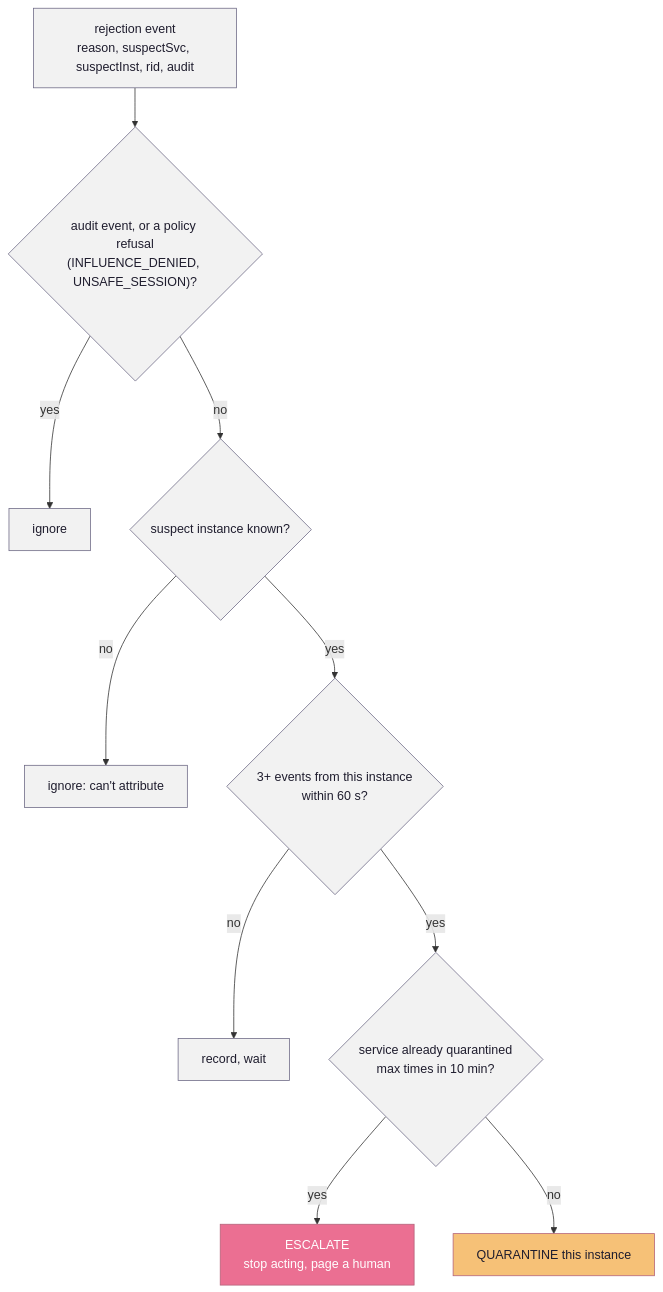
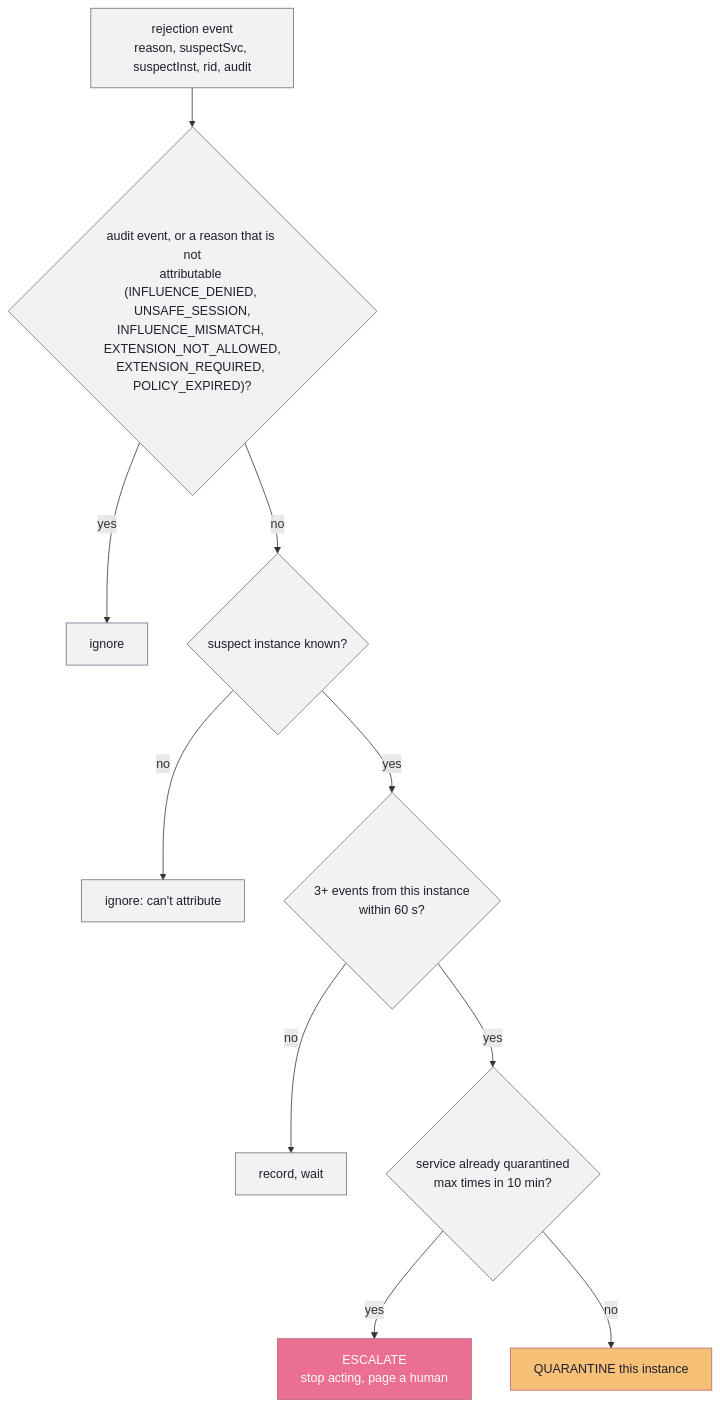
The sixth of 7 diagrams in poc-demos/java-mesh/README.md (dumbsly/paztport), drawn with Mermaid before and after one commit. The commit also changed other lines of this file, not shown here.

````diff
--- a/poc-demos/java-mesh/README.md
+++ b/poc-demos/java-mesh/README.md
@@ -604,19 +672,19 @@
 ```mermaid
 flowchart TD
-    E["rejection event<br/>reason, suspectSvc, suspectInst, rid, audit"] --> A{"audit event, or a policy refusal<br/>(INFLUENCE_DENIED, UNSAFE_SESSION)?"}
+    E["rejection event<br/>reason, suspectSvc, suspectInst, rid, audit"] --> A{"audit event, or a reason that is not<br/>attributable (INFLUENCE_DENIED, UNSAFE_SESSION,<br/>INFLUENCE_MISMATCH, EXTENSION_NOT_ALLOWED,<br/>EXTENSION_REQUIRED, POLICY_EXPIRED)?"}
     A -->|yes| N1["ignore"]
     A -->|no| B{"suspect instance known?"}
     B -->|no| N2["ignore: can't attribute"]
     B -->|yes| C{"3+ events from this instance<br/>within 60 s?"}
     C -->|no| N3["record, wait"]
     C -->|yes| D{"service already quarantined<br/>max times in 10 min?"}
     D -->|yes| ESC["ESCALATE<br/>stop acting, page a human"]
     D -->|no| Q["QUARANTINE this instance"]
 
     classDef plain fill:#f2f2f2,stroke:#6e6a86,color:#1f1d2e,stroke-width:1px
     classDef act fill:#f6c177,stroke:#b4637a,color:#1f1d2e
     classDef esc fill:#eb6f92,stroke:#b4637a,color:#ffffff
     class Q act
     class ESC esc
     class E,A,B,C,D,N1,N2,N3 plain
 ```
````
